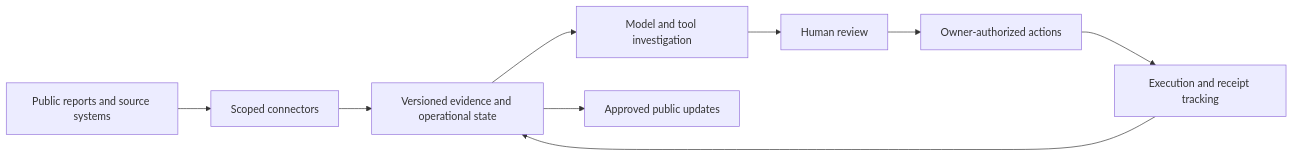
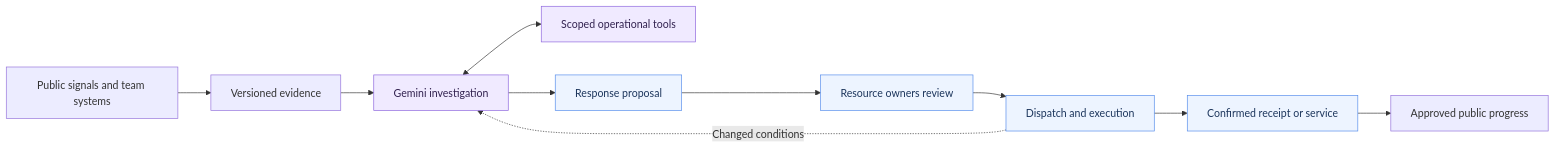
The first of 2 diagrams in docs/ARCHITECTURE.md (Hi-io/aidscaler-platform), drawn with Mermaid before and after one commit. The commit also changed other lines of this file and 9 other files, not shown here.

````diff
--- a/docs/ARCHITECTURE.md
+++ b/docs/ARCHITECTURE.md
@@ -5,11 +9,16 @@
 ```mermaid
 flowchart LR
-    Public[Public reports and source systems] --> Intake[Scoped connectors]
-    Intake --> Evidence[Versioned evidence and operational state]
-    Evidence --> Investigation[Model and tool investigation]
-    Investigation --> Review[Human review]
-    Review --> Execution[Owner-authorized actions]
-    Execution --> Receipts[Execution and receipt tracking]
-    Receipts --> Evidence
-    Evidence --> Publish[Approved public updates]
+    A[Public signals and team systems] --> B[Versioned evidence]
+    B --> C[Gemini investigation]
+    C <--> D[Scoped operational tools]
+    C --> E[Response proposal]
+    E --> F[Resource owners review]
+    F --> G[Dispatch and execution]
+    G --> H[Confirmed receipt or service]
+    H --> I[Approved public progress]
+    G -. Changed conditions .-> C
+    classDef ai fill:#f0eaff,stroke:#8b63dd,color:#31214f
+    classDef action fill:#edf4ff,stroke:#538beb,color:#1c355c
+    class C,D ai
+    class E,F,G,H action
 ```
````
